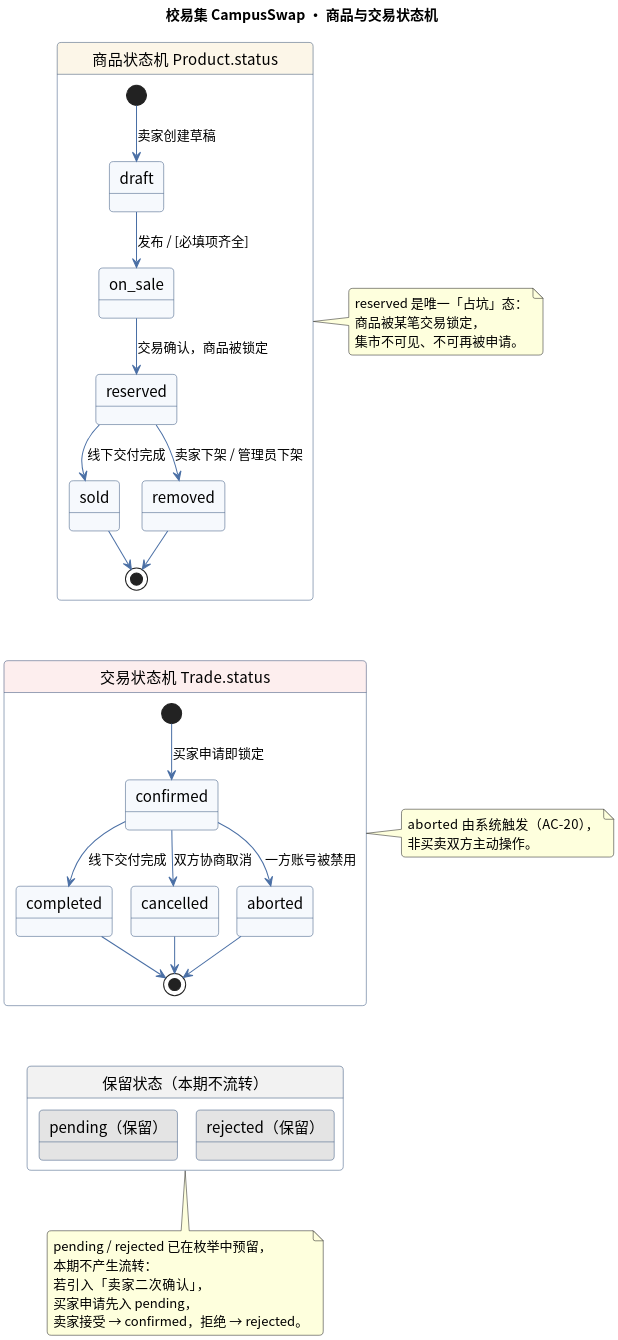
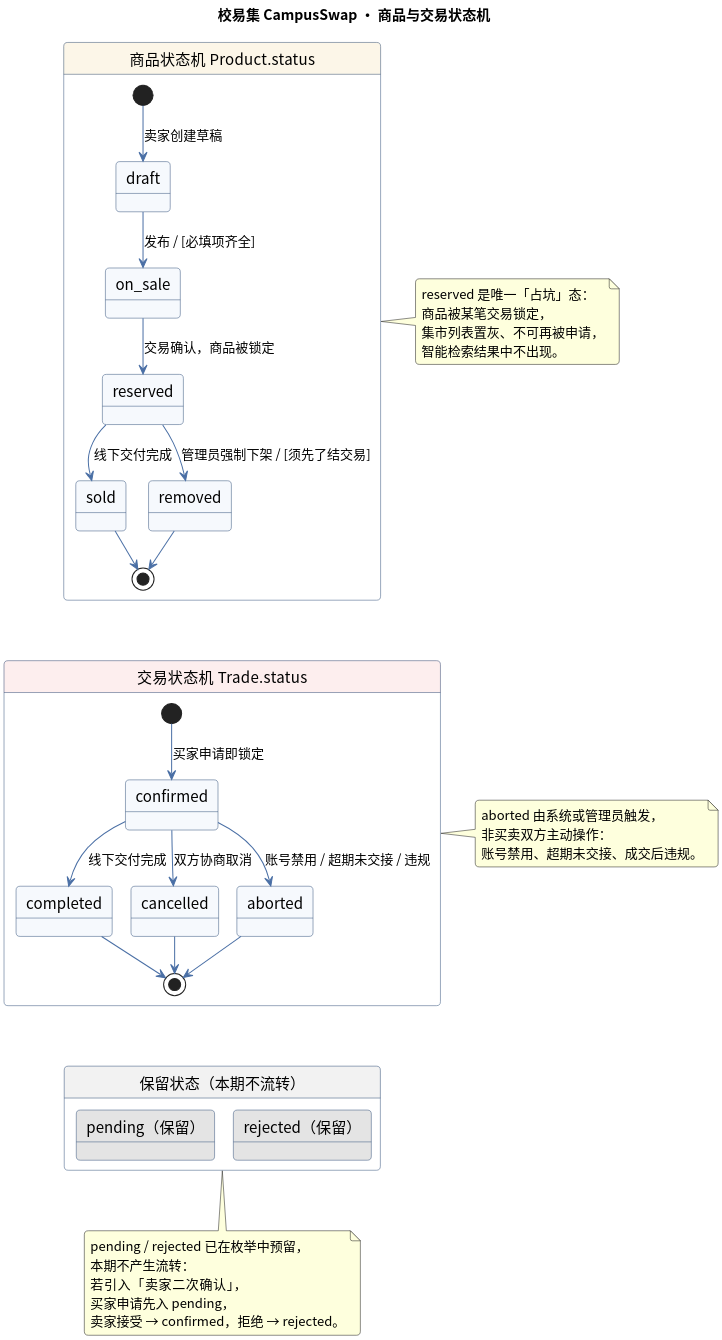
The diagram in docs/uml/08-state-product-trade.puml (LB-CC-summer/campusswap), drawn with PlantUML before and after one commit. The commit also changed 1 other file, not shown here.

Commit message:
docs(uml): 08 下架与中止规则对齐 01 的 3.7

```diff
--- a/docs/uml/08-state-product-trade.puml
+++ b/docs/uml/08-state-product-trade.puml
@@ -1,63 +1,65 @@
 @startuml 08-state-product-trade
 ' 校易集 CampusSwap · 商品 / 交易 双状态机
 ' 说明：pending 与 rejected 为保留状态，本期不产生实际流转
 skinparam dpi 235
 skinparam defaultFontName "Noto Sans CJK SC"
 skinparam shadowing false
 skinparam roundcorner 8
 skinparam stateFontSize 15
 skinparam ArrowFontSize 13
 skinparam ArrowColor #4A6FA5
 skinparam stateBorderColor #33507A
 skinparam stateBackgroundColor #F6F9FD
 
 title 校易集 CampusSwap · 商品与交易状态机
 
 state "商品状态机  Product.status" as PS #FCF6E8 {
   [*] --> draft : 卖家创建草稿
   draft --> on_sale : 发布 / [必填项齐全]
   on_sale --> reserved : 交易确认，商品被锁定
   reserved --> sold : 线下交付完成
-  reserved --> removed : 卖家下架 / 管理员下架
+  reserved --> removed : 管理员强制下架 / [须先了结交易]
   sold --> [*]
   removed --> [*]
 }
 
 state "交易状态机  Trade.status" as TS #FDEEEE {
   [*] --> confirmed : 买家申请即锁定
   confirmed --> completed : 线下交付完成
   confirmed --> cancelled : 双方协商取消
-  confirmed --> aborted : 一方账号被禁用
+  confirmed --> aborted : 账号禁用 / 超期未交接 / 违规
   completed --> [*]
   cancelled --> [*]
   aborted --> [*]
 }
 
 state "保留状态（本期不流转）" as Reserved #F2F2F2 {
   state "pending（保留）" as pending #E4E4E4
   state "rejected（保留）" as rejected #E4E4E4
 }
 
 PS -[hidden]down-> TS
 TS -[hidden]down-> Reserved
 
 note right of PS
   reserved 是唯一「占坑」态：
   商品被某笔交易锁定，
-  集市不可见、不可再被申请。
+  集市列表置灰、不可再被申请，
+  智能检索结果中不出现。
 end note
 
 note bottom of Reserved
   pending / rejected 已在枚举中预留，
   本期不产生流转：
   若引入「卖家二次确认」，
   买家申请先入 pending，
   卖家接受 → confirmed，拒绝 → rejected。
 end note
 
 note right of TS
-  aborted 由系统触发（AC-20），
-  非买卖双方主动操作。
+  aborted 由系统或管理员触发，
+  非买卖双方主动操作：
+  账号禁用、超期未交接、成交后违规。
 end note
 
 @enduml
```
